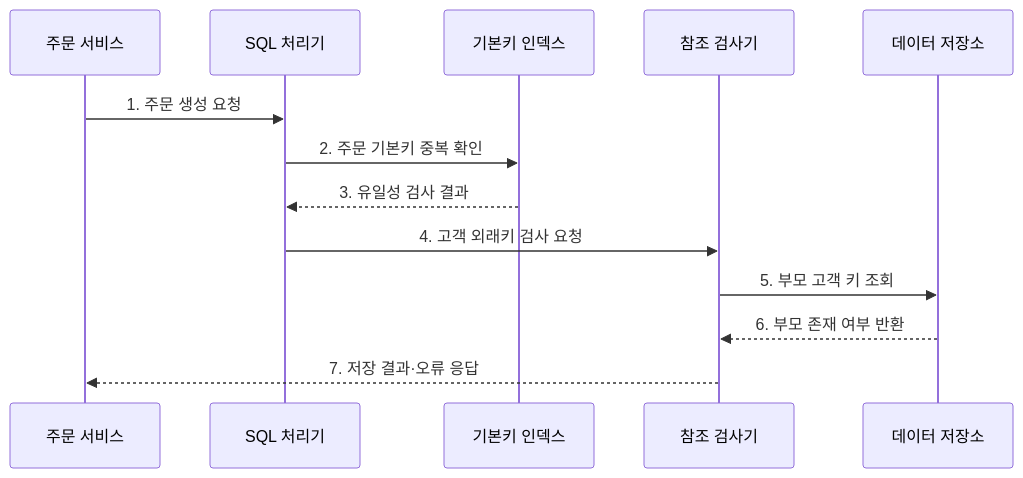
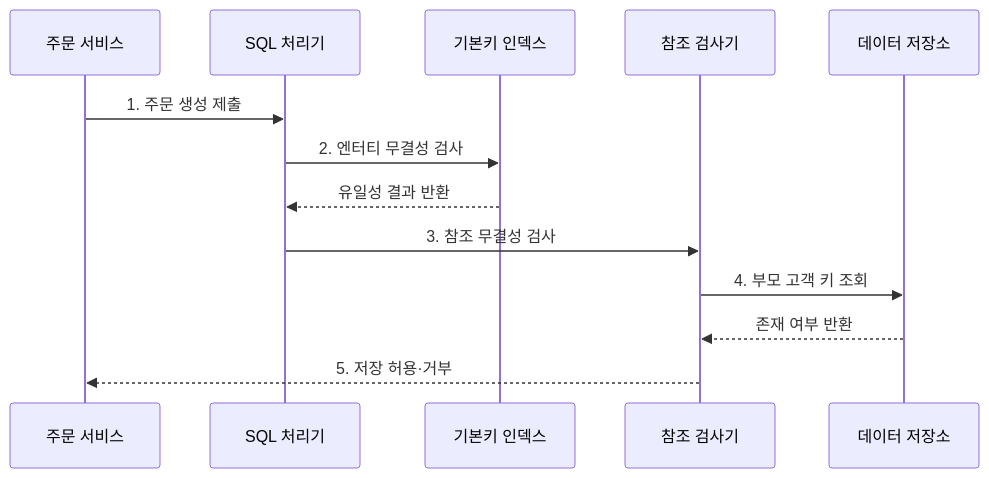
The second of 2 diagrams in src/content/docs/notes/03-software/092_entity_referential_integrity.md (agnusdei1207/knowledge-base), drawn with Mermaid before and after one commit. The commit also changed other lines of this file and 238 other files, not shown here.

````diff
--- a/src/content/docs/notes/03-software/092_entity_referential_integrity.md
+++ b/src/content/docs/notes/03-software/092_entity_referential_integrity.md
@@ -77,15 +77,15 @@
 ```mermaid
 sequenceDiagram
     participant APP as 주문 서비스
     participant SQL as SQL 처리기
     participant PK as 기본키 인덱스
     participant FK as 참조 검사기
     participant DB as 데이터 저장소
-    APP->>SQL: 1. 주문 생성 요청
-    SQL->>PK: 2. 주문 기본키 중복 확인
-    PK-->>SQL: 3. 유일성 검사 결과
-    SQL->>FK: 4. 고객 외래키 검사 요청
-    FK->>DB: 5. 부모 고객 키 조회
-    DB-->>FK: 6. 부모 존재 여부 반환
-    FK-->>APP: 7. 저장 결과·오류 응답
+    APP->>SQL: 1. 주문 생성 제출
+    SQL->>PK: 2. 엔터티 무결성 검사
+    PK-->>SQL: 유일성 결과 반환
+    SQL->>FK: 3. 참조 무결성 검사
+    FK->>DB: 4. 부모 고객 키 조회
+    DB-->>FK: 존재 여부 반환
+    FK-->>APP: 5. 저장 허용·거부
 ```
````
